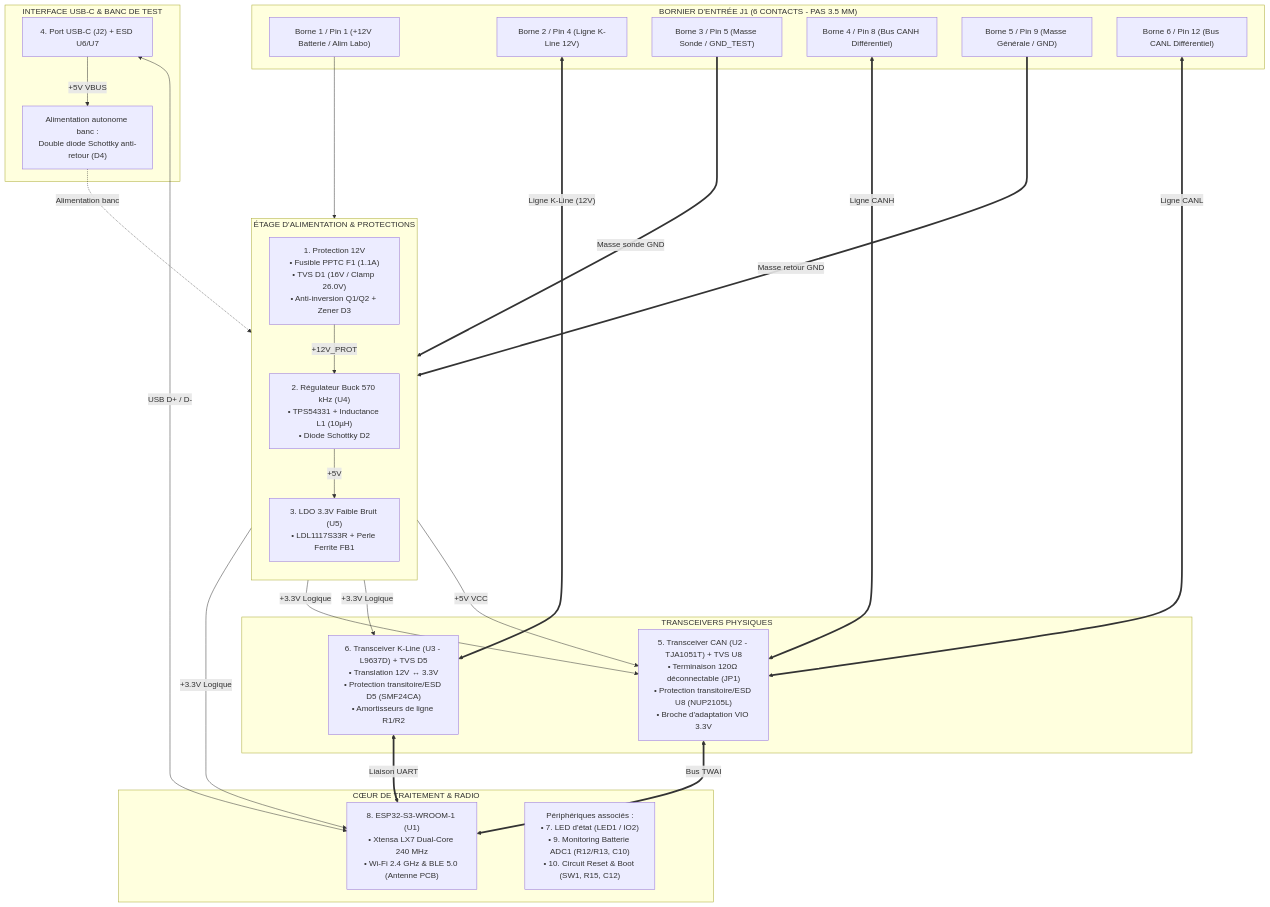
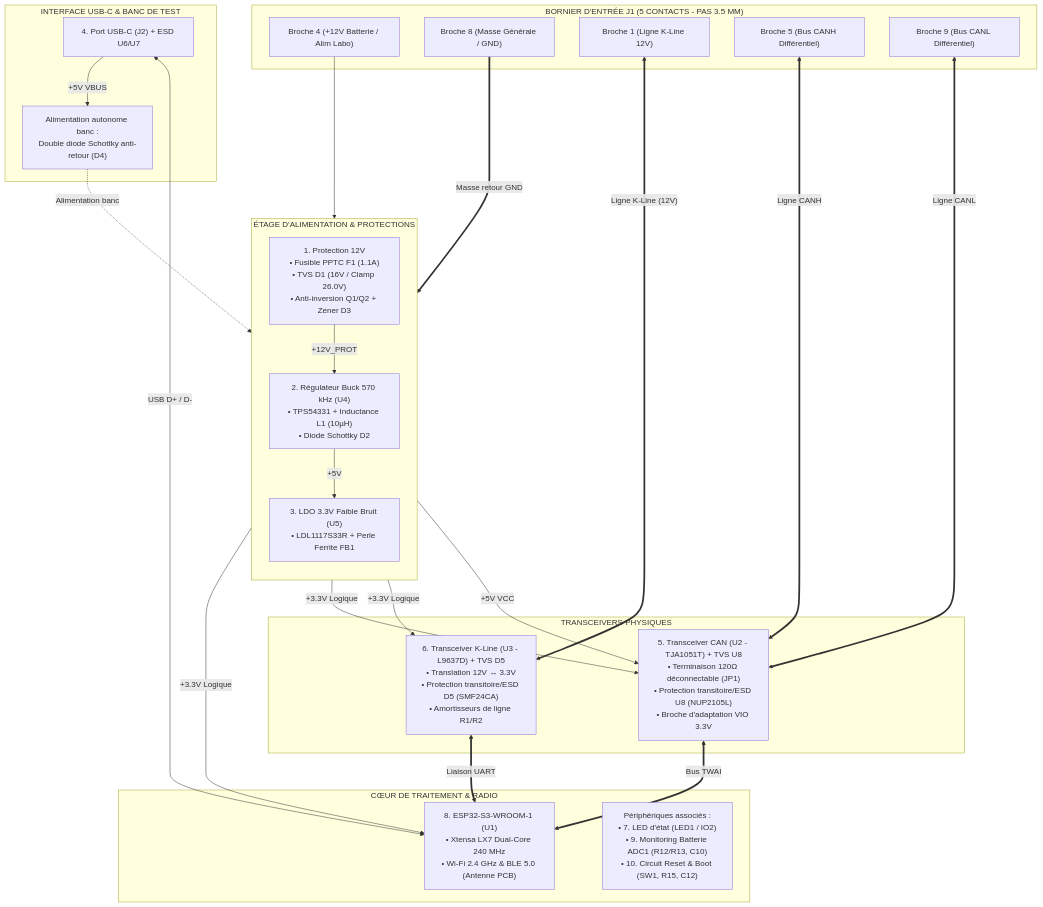
One commit to nitrogene/OBD2 changed the first of 9 diagrams in HARDWARE.md. Above: the diagram before and after it, drawn with Mermaid. The commit also changed other lines of this file and 12 other files, not shown here.

````diff
--- a/HARDWARE.md
+++ b/HARDWARE.md
@@ -26,64 +26,62 @@
 ```mermaid
 %%{init: {
   'themeVariables': {
     'fontFamily': 'Consolas, "Courier New", monospace',
     'fontSize': '12px'
   },
   'flowchart': {
     'curve': 'stepBefore',
     'nodeSpacing': 30,
     'rankSpacing': 40
   }
 }}%%
 flowchart TD
-    subgraph J1_BLOCK["BORNIER D'ENTRÉE J1 (6 CONTACTS - PAS 3.5 MM)"]
-        PIN1["Borne 1 / Pin 1 (+12V Batterie / Alim Labo)"]
-        PIN4["Borne 2 / Pin 4 (Ligne K-Line 12V)"]
-        PIN5["Borne 3 / Pin 5 (Masse Sonde / GND_TEST)"]
-        PIN8["Borne 4 / Pin 8 (Bus CANH Différentiel)"]
-        PIN9["Borne 5 / Pin 9 (Masse Générale / GND)"]
-        PIN12["Borne 6 / Pin 12 (Bus CANL Différentiel)"]
+    subgraph J1_BLOCK["BORNIER D'ENTRÉE J1 (5 CONTACTS - PAS 3.5 MM)"]
+        PIN4["Broche 4 (+12V Batterie / Alim Labo)"]
+        PIN8["Broche 8 (Masse Générale / GND)"]
+        PIN1["Broche 1 (Ligne K-Line 12V)"]
+        PIN5["Broche 5 (Bus CANH Différentiel)"]
+        PIN9["Broche 9 (Bus CANL Différentiel)"]
     end
 
     subgraph POWER["ÉTAGE D'ALIMENTATION & PROTECTIONS"]
         direction TB
         F1["1. Protection 12V\n• Fusible PPTC F1 (1.1A)\n• TVS D1 (16V / Clamp 26.0V)\n• Anti-inversion Q1/Q2 + Zener D3"]
         BUCK["2. Régulateur Buck 570 kHz (U4)\n• TPS54331 + Inductance L1 (10µH)\n• Diode Schottky D2"]
         LDO["3. LDO 3.3V Faible Bruit (U5)\n• LDL1117S33R + Perle Ferrite FB1"]
         F1 -->|"+12V_PROT"| BUCK
         BUCK -->|"+5V"| LDO
     end
 
     subgraph TRANSCEIVERS["TRANSCEIVERS PHYSIQUES"]
         CAN_IC["5. Transceiver CAN (U2 - TJA1051T) + TVS U8\n• Terminaison 120Ω déconnectable (JP1)\n• Protection transitoire/ESD U8 (NUP2105L)\n• Broche d'adaptation VIO 3.3V"]
         KLINE_IC["6. Transceiver K-Line (U3 - L9637D) + TVS D5\n• Translation 12V ↔ 3.3V\n• Protection transitoire/ESD D5 (SMF24CA)\n• Amortisseurs de ligne R1/R2"]
     end
 
     subgraph MCU["CŒUR DE TRAITEMENT & RADIO"]
         ESP["8. ESP32-S3-WROOM-1 (U1)\n• Xtensa LX7 Dual-Core 240 MHz\n• Wi-Fi 2.4 GHz & BLE 5.0 (Antenne PCB)"]
         PERIPH["Périphériques associés :\n• 7. LED d'état (LED1 / IO2)\n• 9. Monitoring Batterie ADC1 (R12/R13, C10)\n• 10. Circuit Reset & Boot (SW1, R15, C12)"]
     end
 
     subgraph USB_DEBUG["INTERFACE USB-C & BANC DE TEST"]
         USBC["4. Port USB-C (J2) + ESD U6/U7"]
         D4["Alimentation autonome banc :\nDouble diode Schottky anti-retour (D4)"]
         USBC -->|"+5V VBUS"| D4
         D4 -.->|Alimentation banc| BUCK
         USBC <-->|"USB D+ / D-"| ESP
     end
 
-    PIN1 --> F1
-    PIN5 ===>|"Masse sonde GND"| POWER
-    PIN9 ===>|"Masse retour GND"| POWER
-    PIN8 <==>|"Ligne CANH"| CAN_IC
-    PIN12 <==>|"Ligne CANL"| CAN_IC
-    PIN4 <==>|"Ligne K-Line (12V)"| KLINE_IC
+    PIN4 --> F1
+    PIN8 ===>|"Masse retour GND"| POWER
+    PIN5 <==>|"Ligne CANH"| CAN_IC
+    PIN9 <==>|"Ligne CANL"| CAN_IC
+    PIN1 <==>|"Ligne K-Line (12V)"| KLINE_IC
 
     LDO -->|"+3.3V Logique"| ESP
     LDO -->|"+3.3V Logique"| CAN_IC
     LDO -->|"+3.3V Logique"| KLINE_IC
     BUCK -->|"+5V VCC"| CAN_IC
 
     CAN_IC <==>|"Bus TWAI"| ESP
     KLINE_IC <==>|"Liaison UART"| ESP
 ```
````
